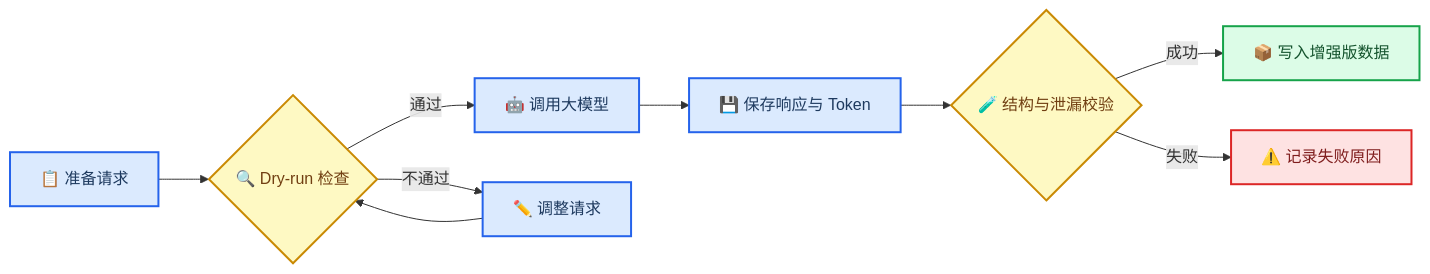
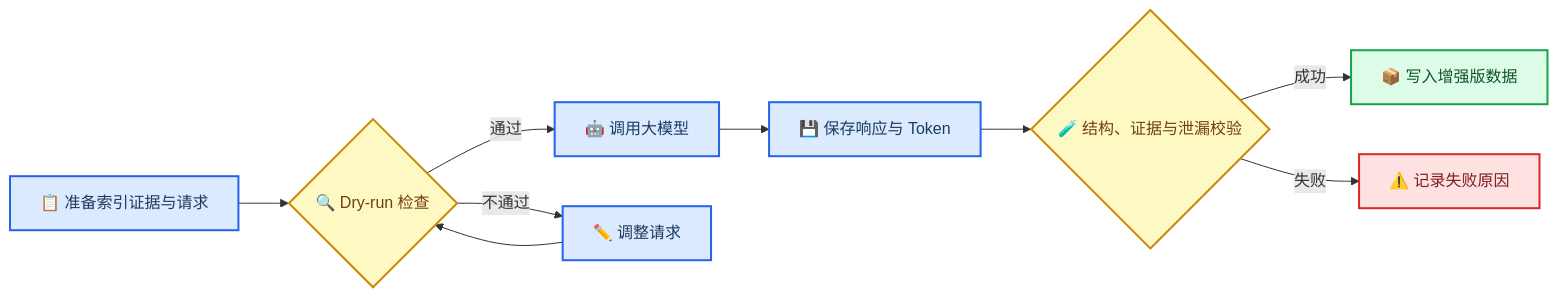
One commit to BrenchCC/Policy-Query-Planner changed the second of 2 diagrams in docs/interview_preparation.md. Above: the diagram before and after it, drawn with Mermaid. The commit also changed other lines of this file and 29 other files, not shown here.

````diff
--- a/docs/interview_preparation.md
+++ b/docs/interview_preparation.md
@@ -183,24 +184,24 @@
 ```mermaid
 flowchart LR
-    accTitle: Optional LLM Data Augmentation
-    accDescr: Safe augmentation flow that prepares requests, previews them, supports resumable generation, validates every response, and writes a separate enhanced dataset
+    accTitle: Grounded LLM Data Generation
+    accDescr: Safe generation flow that prepares indexed policy evidence, previews requests, supports resumable generation, validates every response, and writes a separate mixed dataset
 
-    prepare[📋 准备请求] --> dry_run{🔍 Dry-run 检查}
+    prepare[📋 准备索引证据与请求] --> dry_run{🔍 Dry-run 检查}
     dry_run -->|通过| generate[🤖 调用大模型]
     dry_run -->|不通过| revise[✏️ 调整请求]
     revise --> dry_run
     generate --> persist[💾 保存响应与 Token]
-    persist --> validate{🧪 结构与泄漏校验}
+    persist --> validate{🧪 结构、证据与泄漏校验}
     validate -->|成功| merge[📦 写入增强版数据]
     validate -->|失败| issue[⚠️ 记录失败原因]
 
     classDef process fill:#dbeafe,stroke:#2563eb,stroke-width:2px,color:#1e3a5f
     classDef decision fill:#fef9c3,stroke:#ca8a04,stroke-width:2px,color:#713f12
     classDef success fill:#dcfce7,stroke:#16a34a,stroke-width:2px,color:#14532d
     classDef danger fill:#fee2e2,stroke:#dc2626,stroke-width:2px,color:#7f1d1d
 
     class prepare,generate,persist,revise process
     class dry_run,validate decision
     class merge success
     class issue danger
 ```
````
